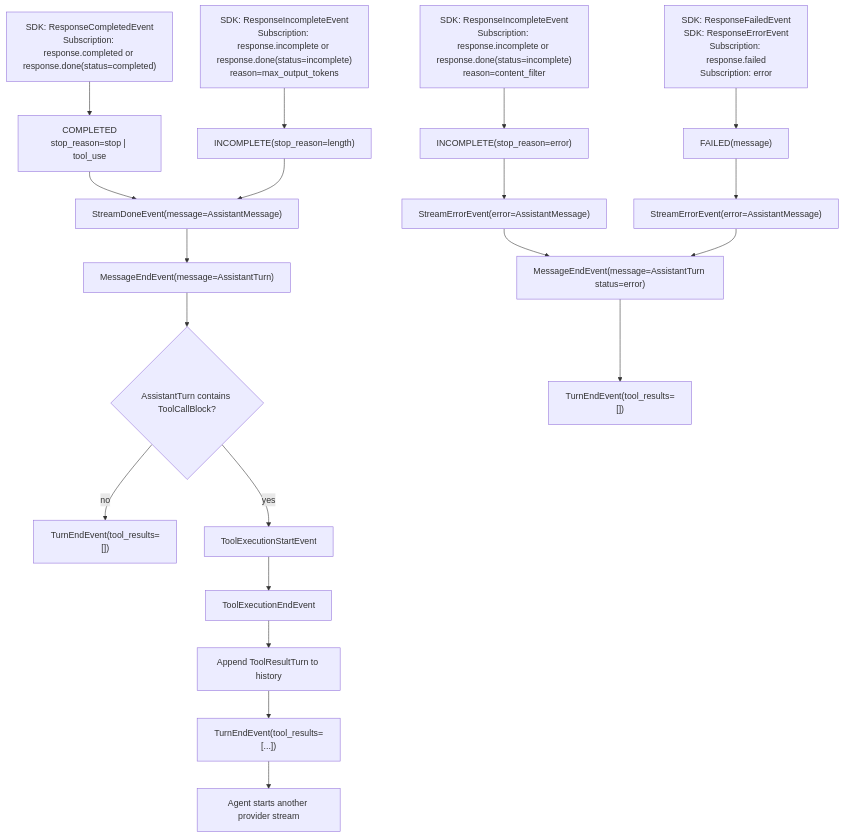
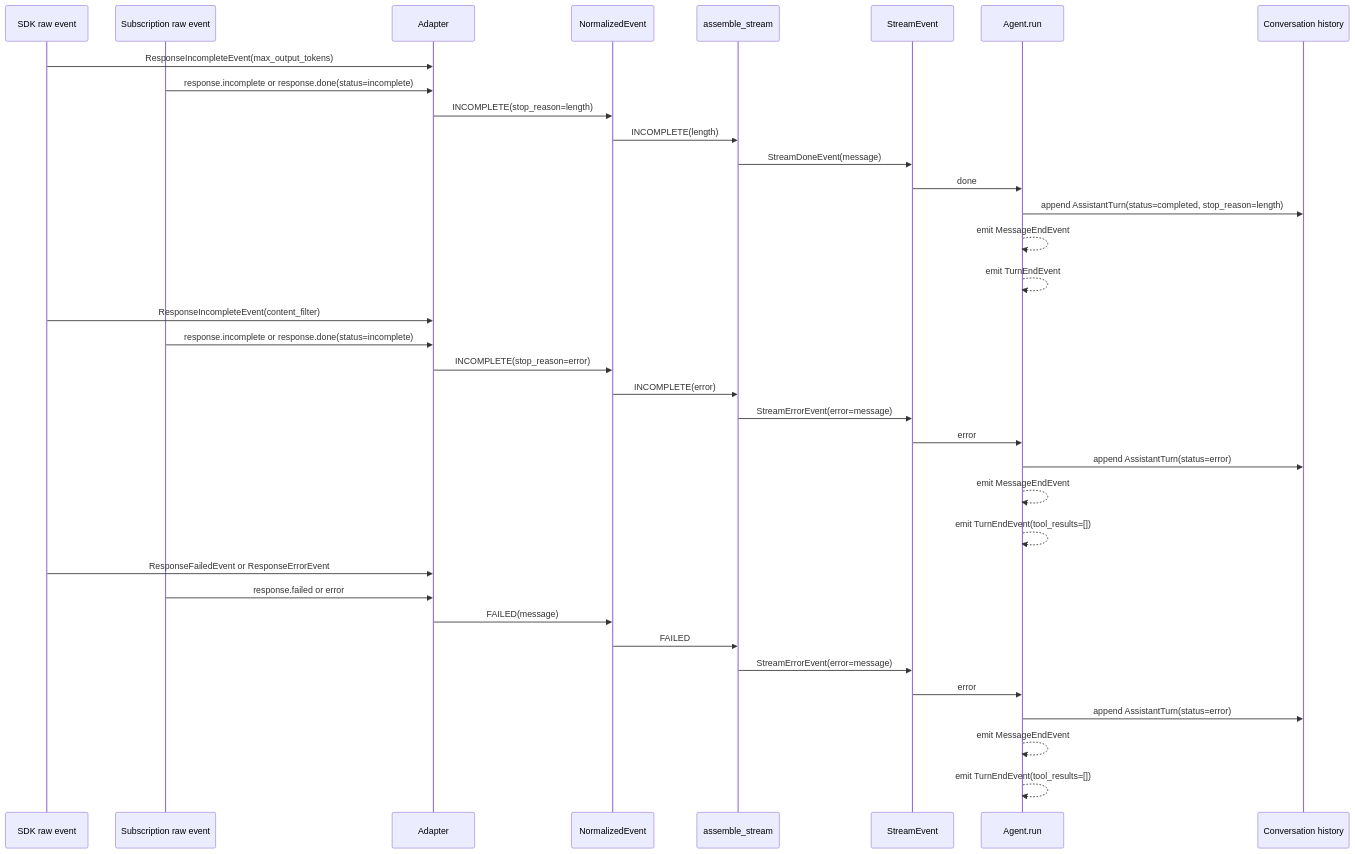
One commit to muneebshahid/tile changed the eighth of 8 diagrams in docs/openai-stream-event-lifecycle.md. Above: the diagram before and after it, drawn with Mermaid. The commit also changed other lines of this file, not shown here.

Commit message:
Refactor OpenAI Stream Event Lifecycle documentation with updated Mermaid diagrams for clarity and consistency

````diff
--- a/docs/openai-stream-event-lifecycle.md
+++ b/docs/openai-stream-event-lifecycle.md
@@ -163,36 +278,41 @@
 ```mermaid
-flowchart TD
-    raw_completed["SDK: ResponseCompletedEvent<br/>Subscription: response.completed or response.done(status=completed)"]
-    normalized_completed["COMPLETED<br/>stop_reason=stop | tool_use"]
-    stream_done["StreamDoneEvent(message=AssistantMessage)"]
-    message_end["MessageEndEvent(message=AssistantTurn)"]
+sequenceDiagram
+    participant SDK as SDK raw event
+    participant Sub as Subscription raw event
+    participant Adapter as Adapter
+    participant Norm as NormalizedEvent
+    participant Asm as assemble_stream
+    participant Stream as StreamEvent
+    participant Agent as Agent.run
+    participant Hist as Conversation history
 
-    has_tools{"AssistantTurn contains ToolCallBlock?"}
-    no_tools["TurnEndEvent(tool_results=[])"]
-    tool_start["ToolExecutionStartEvent"]
-    tool_end["ToolExecutionEndEvent"]
-    tool_result["Append ToolResultTurn to history"]
-    tool_turn_end["TurnEndEvent(tool_results=[...])"]
-    follow_up["Agent starts another provider stream"]
+    SDK->>Adapter: ResponseIncompleteEvent(max_output_tokens)
+    Sub->>Adapter: response.incomplete or response.done(status=incomplete)
+    Adapter->>Norm: INCOMPLETE(stop_reason=length)
+    Norm->>Asm: INCOMPLETE(length)
+    Asm->>Stream: StreamDoneEvent(message)
+    Stream->>Agent: done
+    Agent->>Hist: append AssistantTurn(status=completed, stop_reason=length)
+    Agent-->>Agent: emit MessageEndEvent
+    Agent-->>Agent: emit TurnEndEvent
 
-    raw_incomplete_length["SDK: ResponseIncompleteEvent<br/>Subscription: response.incomplete or response.done(status=incomplete)<br/>reason=max_output_tokens"]
-    normalized_incomplete_length["INCOMPLETE(stop_reason=length)"]
+    SDK->>Adapter: ResponseIncompleteEvent(content_filter)
+    Sub->>Adapter: response.incomplete or response.done(status=incomplete)
+    Adapter->>Norm: INCOMPLETE(stop_reason=error)
+    Norm->>Asm: INCOMPLETE(error)
+    Asm->>Stream: StreamErrorEvent(error=message)
+    Stream->>Agent: error
+    Agent->>Hist: append AssistantTurn(status=error)
+    Agent-->>Agent: emit MessageEndEvent
+    Agent-->>Agent: emit TurnEndEvent(tool_results=[])
 
-    raw_incomplete_error["SDK: ResponseIncompleteEvent<br/>Subscription: response.incomplete or response.done(status=incomplete)<br/>reason=content_filter"]
-    normalized_incomplete_error["INCOMPLETE(stop_reason=error)"]
-    stream_error_from_incomplete["StreamErrorEvent(error=AssistantMessage)"]
-
-    raw_failed["SDK: ResponseFailedEvent<br/>SDK: ResponseErrorEvent<br/>Subscription: response.failed<br/>Subscription: error"]
-    normalized_failed["FAILED(message)"]
-    stream_error["StreamErrorEvent(error=AssistantMessage)"]
-    error_message_end["MessageEndEvent(message=AssistantTurn status=error)"]
-    error_turn_end["TurnEndEvent(tool_results=[])"]
-
-    raw_completed --> normalized_completed --> stream_done --> message_end --> has_tools
-    raw_incomplete_length --> normalized_incomplete_length --> stream_done
-    has_tools -- no --> no_tools
-    has_tools -- yes --> tool_start --> tool_end --> tool_result --> tool_turn_end --> follow_up
-
-    raw_incomplete_error --> normalized_incomplete_error --> stream_error_from_incomplete --> error_message_end --> error_turn_end
-    raw_failed --> normalized_failed --> stream_error --> error_message_end
+    SDK->>Adapter: ResponseFailedEvent or ResponseErrorEvent
+    Sub->>Adapter: response.failed or error
+    Adapter->>Norm: FAILED(message)
+    Norm->>Asm: FAILED
+    Asm->>Stream: StreamErrorEvent(error=message)
+    Stream->>Agent: error
+    Agent->>Hist: append AssistantTurn(status=error)
+    Agent-->>Agent: emit MessageEndEvent
+    Agent-->>Agent: emit TurnEndEvent(tool_results=[])
 ```
````
